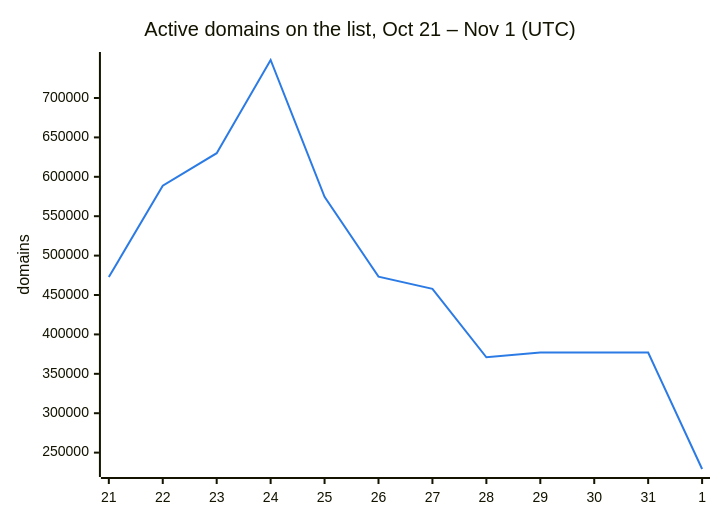
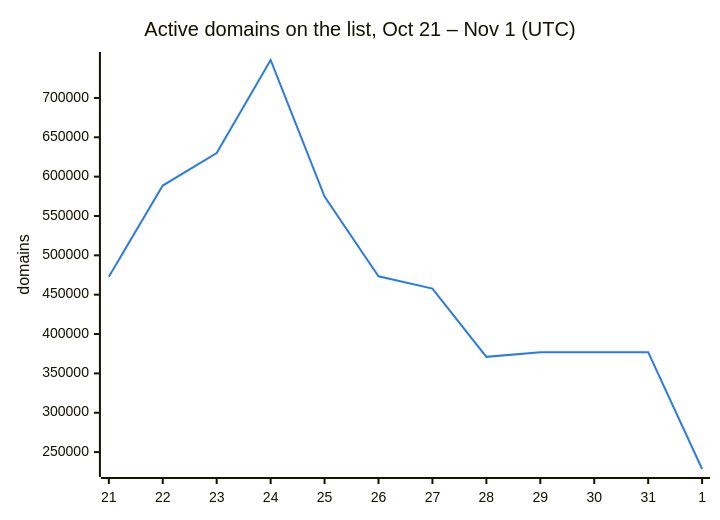
The second of 3 diagrams in README.md (DNSBunker/CTI), drawn with Mermaid before and after one commit. The commit also changed other lines of this file and 3 other files, not shown here.

````diff
--- a/README.md
+++ b/README.md
@@ -38,8 +38,8 @@
 ```mermaid
 %%{init: {"themeVariables": {"xyChart": {"plotColorPalette": "#2c7be5"}}}}%%
 xychart-beta
     title "Active domains on the list, Oct 21 – Nov 1 (UTC)"
     x-axis ["21", "22", "23", "24", "25", "26", "27", "28", "29", "30", "31", "1"]
     y-axis "domains"
-    line [472713, 588659, 629951, 748222, 574614, 473331, 457795, 371010, 376945, 376945, 376945, 229216]
+    line [472713, 588659, 629951, 748222, 574614, 473331, 457795, 371010, 376945, 376945, 376945, 228502]
 ```
````
